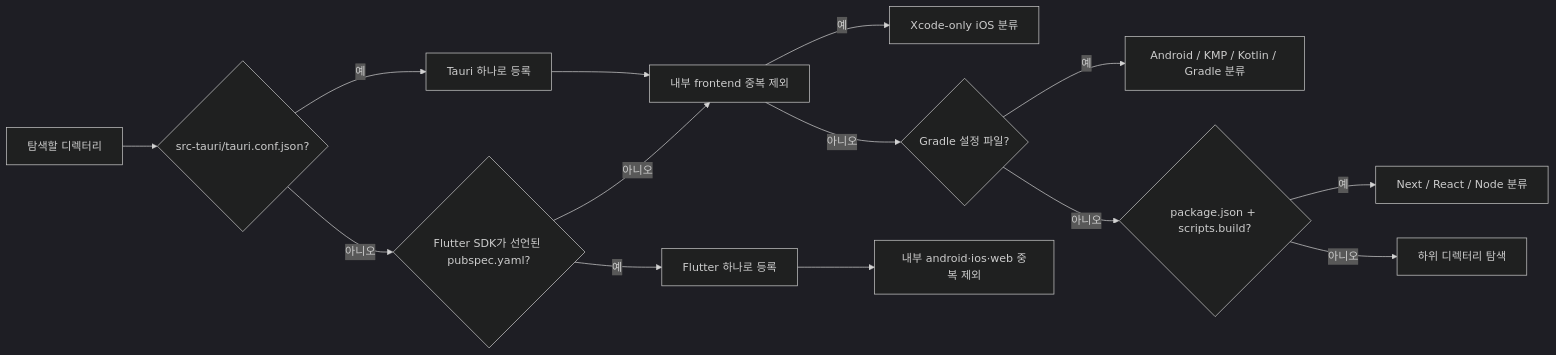
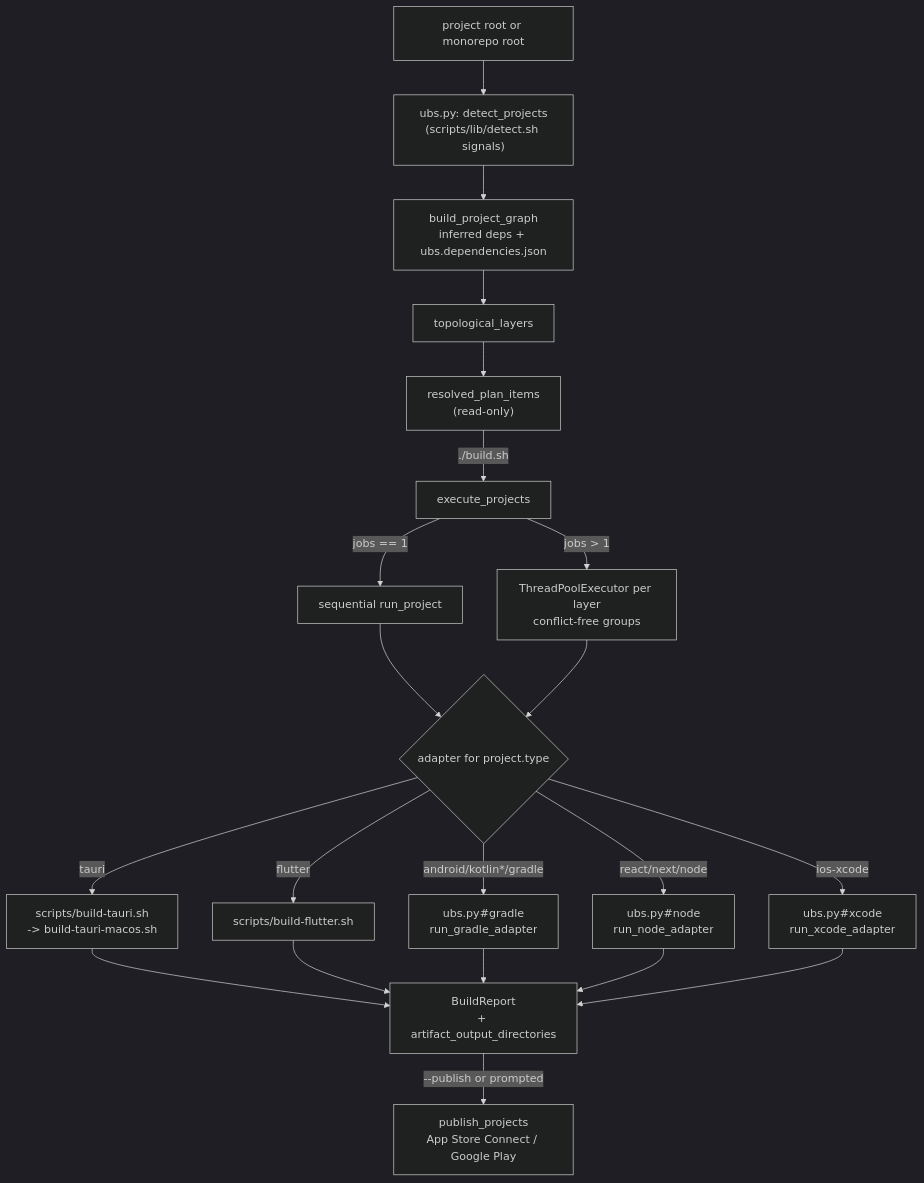
Before and after one commit to Claude-Personal/ubs: the first of 3 diagrams in README.md, drawn with Mermaid (dark theme). The commit also changed other lines of this file and 9 other files, not shown here.

````diff
--- a/README.md
+++ b/README.md
@@ -196,16 +40,23 @@
 ```mermaid
-flowchart LR
-    R["탐색할 디렉터리"] --> T{"src-tauri/tauri.conf.json?"}
-    T -->|"예"| TA["Tauri 하나로 등록"]
-    T -->|"아니오"| F{"Flutter SDK가 선언된 pubspec.yaml?"}
-    F -->|"예"| FL["Flutter 하나로 등록"]
-    F -->|"아니오"| X{"xcworkspace / xcodeproj?"}
-    X -->|"예"| XI["Xcode-only iOS 분류"]
-    X -->|"아니오"| G{"Gradle 설정 파일?"}
-    G -->|"예"| GR["Android / KMP / Kotlin / Gradle 분류"]
-    G -->|"아니오"| N{"package.json + scripts.build?"}
-    N -->|"예"| NO["Next / React / Node 분류"]
-    N -->|"아니오"| S["하위 디렉터리 탐색"]
-    TA --> X["내부 frontend 중복 제외"]
-    FL --> Y["내부 android·ios·web 중복 제외"]
+flowchart TB
+    Root["project root or monorepo root"] --> Detect["ubs.py: detect_projects\n(scripts/lib/detect.sh signals)"]
+    Detect --> Graph["build_project_graph\ninferred deps + ubs.dependencies.json"]
+    Graph --> Topo["topological_layers"]
+    Topo --> Plan["resolved_plan_items\n(read-only)"]
+    Plan -->|"./build.sh"| Execute["execute_projects"]
+    Execute -->|"jobs == 1"| Seq["sequential run_project"]
+    Execute -->|"jobs > 1"| Par["ThreadPoolExecutor per layer\nconflict-free groups"]
+    Seq --> Adapter{"adapter for project.type"}
+    Par --> Adapter
+    Adapter -->|"tauri"| BTauri["scripts/build-tauri.sh\n-> build-tauri-macos.sh"]
+    Adapter -->|"flutter"| BFlutter["scripts/build-flutter.sh"]
+    Adapter -->|"android/kotlin*/gradle"| BGradle["ubs.py#gradle\nrun_gradle_adapter"]
+    Adapter -->|"react/next/node"| BNode["ubs.py#node\nrun_node_adapter"]
+    Adapter -->|"ios-xcode"| BXcode["ubs.py#xcode\nrun_xcode_adapter"]
+    BTauri --> Report["BuildReport\n+ artifact_output_directories"]
+    BFlutter --> Report
+    BGradle --> Report
+    BNode --> Report
+    BXcode --> Report
+    Report -->|"--publish or prompted"| Publish["publish_projects\nApp Store Connect / Google Play"]
 ```
````
